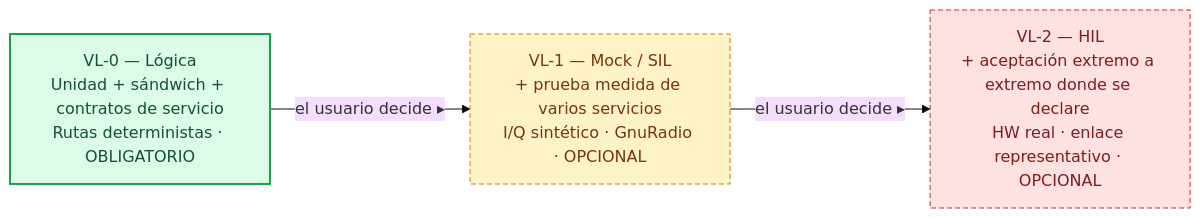
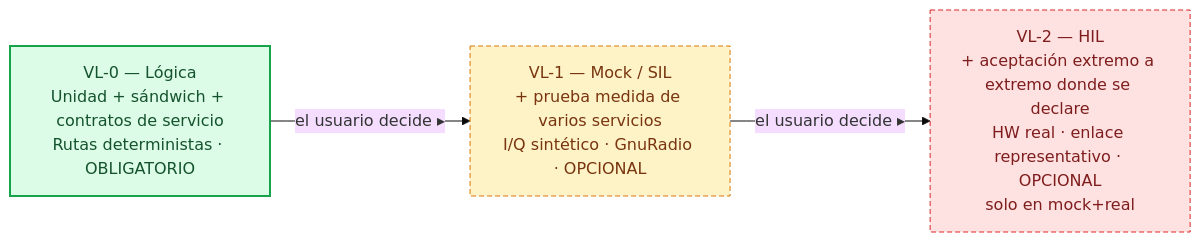
One commit to dramirezbe/codeanvil-gcpds changed the ninth of 11 diagrams in methodology/V-SIL-v3/V-SIL_v3-spa.md. Above: the diagram before and after it, drawn with Mermaid (base theme). The commit also changed other lines of this file and 3 other files, not shown here.

````diff
--- a/methodology/V-SIL-v3/V-SIL_v3-spa.md
+++ b/methodology/V-SIL-v3/V-SIL_v3-spa.md
@@ -349,12 +360,12 @@
 ```mermaid
 flowchart LR
     classDef mandatory fill:#dcfce7,stroke:#16a34a,color:#14532d,stroke-width:2px
     classDef optional fill:#fef3c7,stroke:#d97706,color:#78350f,stroke-dasharray:5 3
     classDef hil fill:#fee2e2,stroke:#dc2626,color:#7f1d1d,stroke-dasharray:5 3
 
     VL0["VL-0 — Lógica<br/>Unidad + sándwich + contratos de servicio<br/>Rutas deterministas · OBLIGATORIO"]:::mandatory
     VL1["VL-1 — Mock / SIL<br/>+ prueba medida de varios servicios<br/>I/Q sintético · GnuRadio · OPCIONAL"]:::optional
-    VL2["VL-2 — HIL<br/>+ aceptación extremo a extremo donde se declare<br/>HW real · enlace representativo · OPCIONAL"]:::hil
+    VL2["VL-2 — HIL<br/>+ aceptación extremo a extremo donde se declare<br/>HW real · enlace representativo · OPCIONAL<br/>solo en mock+real"]:::hil
 
     VL0 -->|"el usuario decide ▸"| VL1 -->|"el usuario decide ▸"| VL2
 ```
````
